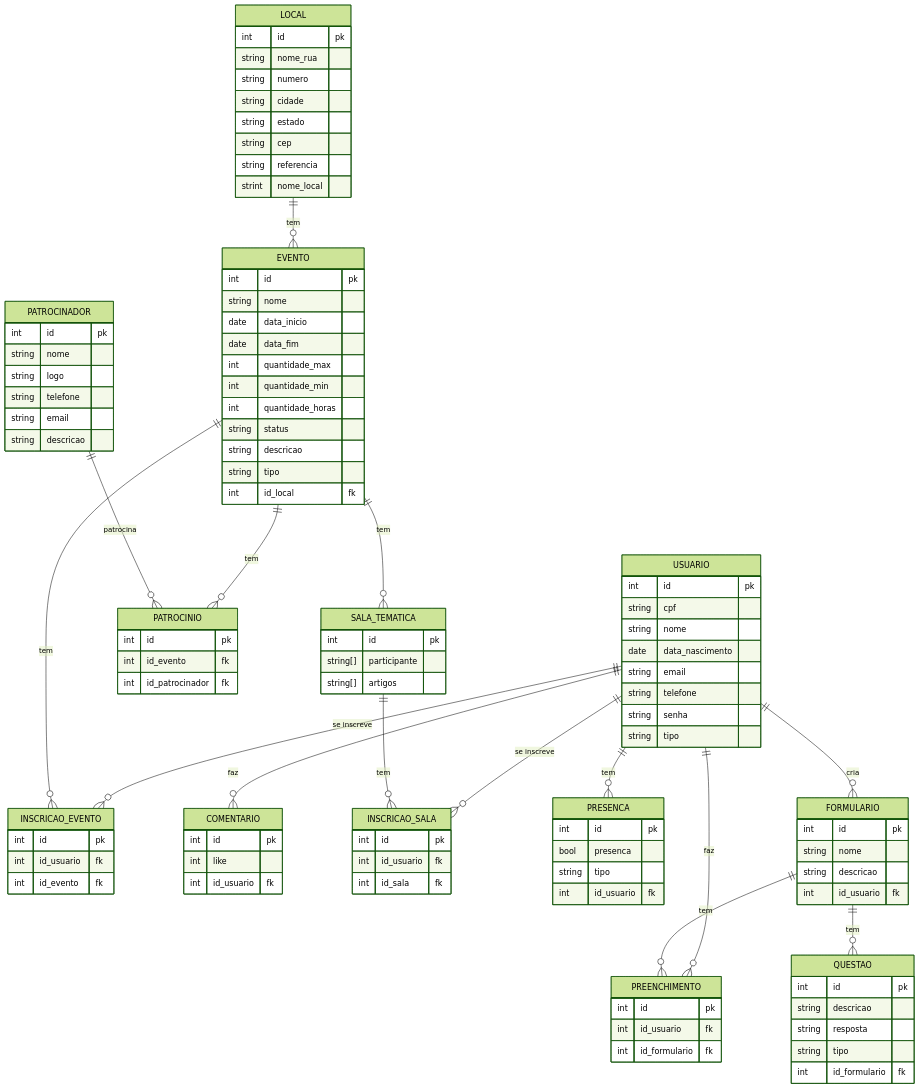
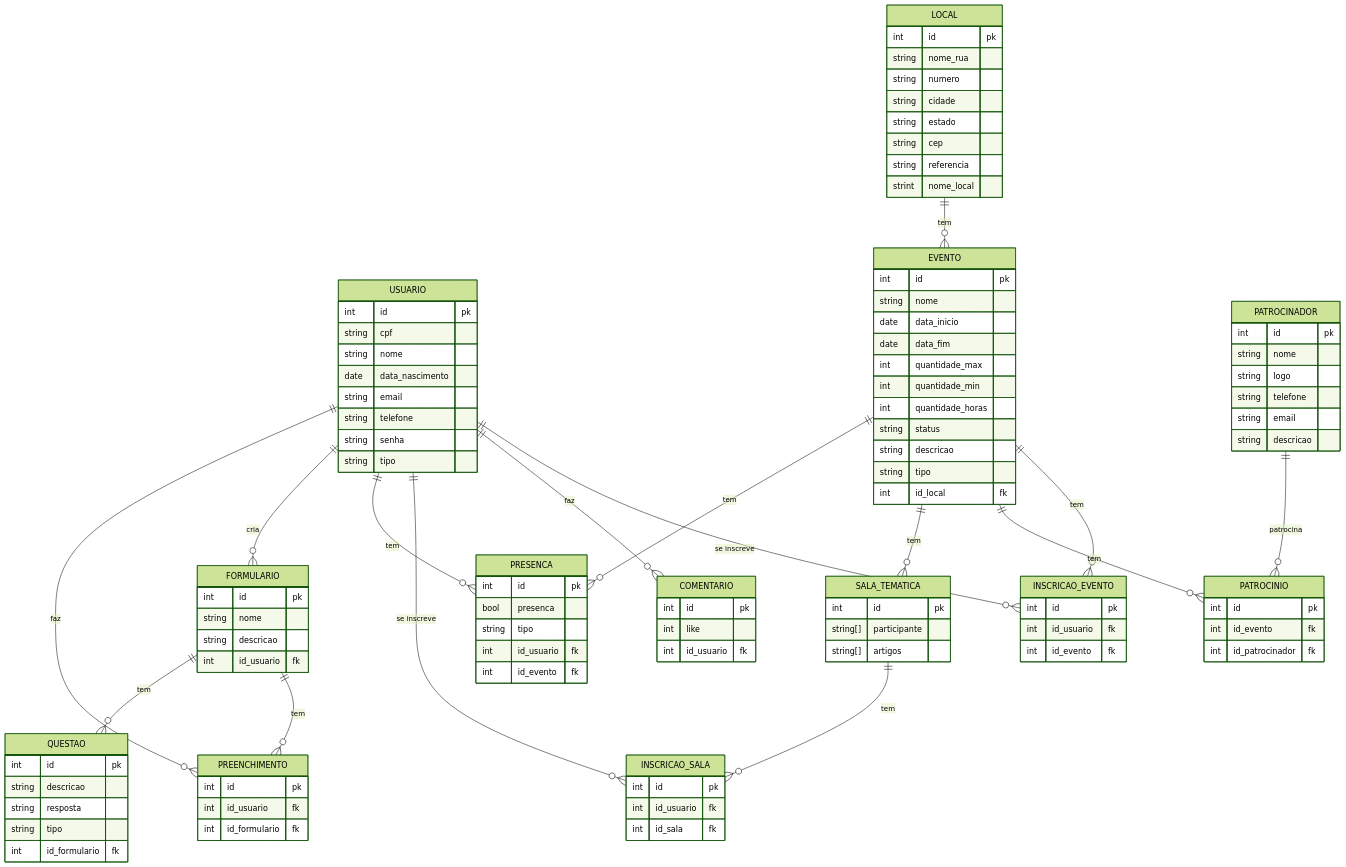
One commit to tallysdev/eventSync changed the diagram in docs/doc-visao.md. Above: the diagram before and after it, drawn with Mermaid (forest theme).

Commit message:
docs: add relação faltante para presença e evento #32

```diff
--- a/docs/doc-visao.md
+++ b/docs/doc-visao.md
@@ -194,6 +194,7 @@
         bool presenca
         string tipo
         int id_usuario fk
+        int id_evento fk
     }
 
     FORMULARIO {
@@ -237,6 +238,8 @@
 
     USUARIO ||--o{ PRESENCA : "tem"
 
+    EVENTO ||--o{ PRESENCA : "tem"
+
     USUARIO ||--o{ FORMULARIO : "cria"
 
     USUARIO ||--o{ PREENCHIMENTO : "faz"
```
